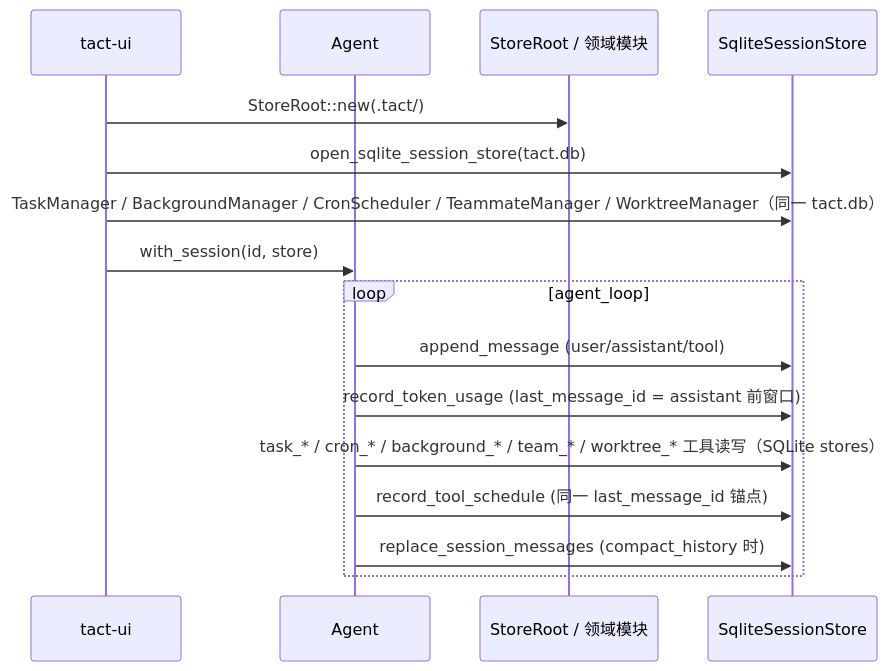
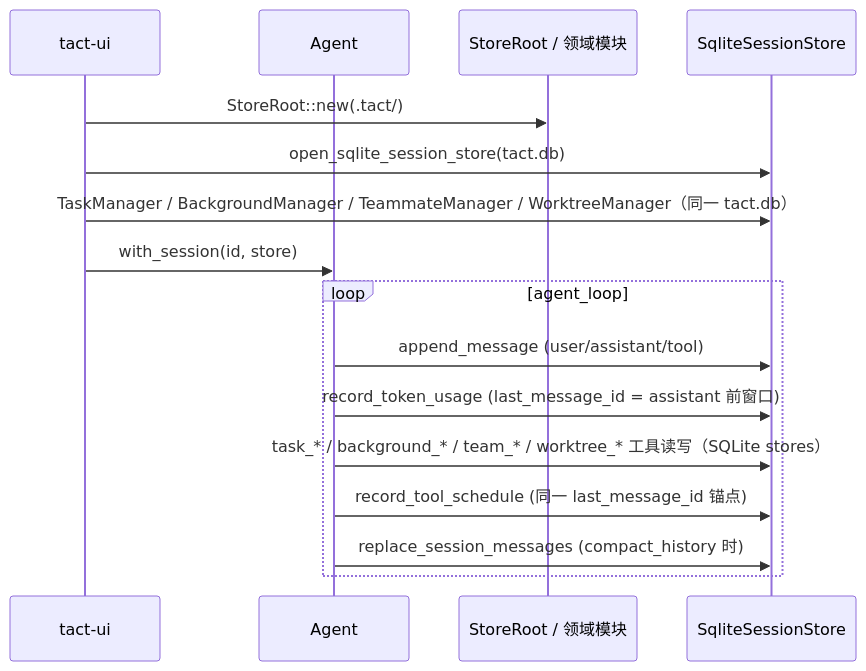
Before and after one commit to rust-infra/tact: the second of 2 diagrams in book/01_chapter_store_zh.md, drawn with Mermaid. The commit also changed other lines of this file and 47 other files, not shown here.

First line of the commit message:
feat: background full-output log file; remove cron scheduling (#68)

````diff
--- a/book/01_chapter_store_zh.md
+++ b/book/01_chapter_store_zh.md
@@ -178,20 +175,20 @@
 ```mermaid
 sequenceDiagram
     participant TUI as tact-ui
     participant Agent
     participant JSON as StoreRoot / 领域模块
     participant SQL as SqliteSessionStore
 
     TUI->>JSON: StoreRoot::new(.tact/)
     TUI->>SQL: open_sqlite_session_store(tact.db)
-    TUI->>SQL: TaskManager / BackgroundManager / CronScheduler / TeammateManager / WorktreeManager（同一 tact.db）
+    TUI->>SQL: TaskManager / BackgroundManager / TeammateManager / WorktreeManager（同一 tact.db）
     TUI->>Agent: with_session(id, store)
 
     loop agent_loop
         Agent->>SQL: append_message (user/assistant/tool)
         Agent->>SQL: record_token_usage (last_message_id = assistant 前窗口)
-        Agent->>SQL: task_* / cron_* / background_* / team_* / worktree_* 工具读写（SQLite stores）
+        Agent->>SQL: task_* / background_* / team_* / worktree_* 工具读写（SQLite stores）
         Agent->>SQL: record_tool_schedule (同一 last_message_id 锚点)
         Agent->>SQL: replace_session_messages (compact_history 时)
     end
 ```
````
